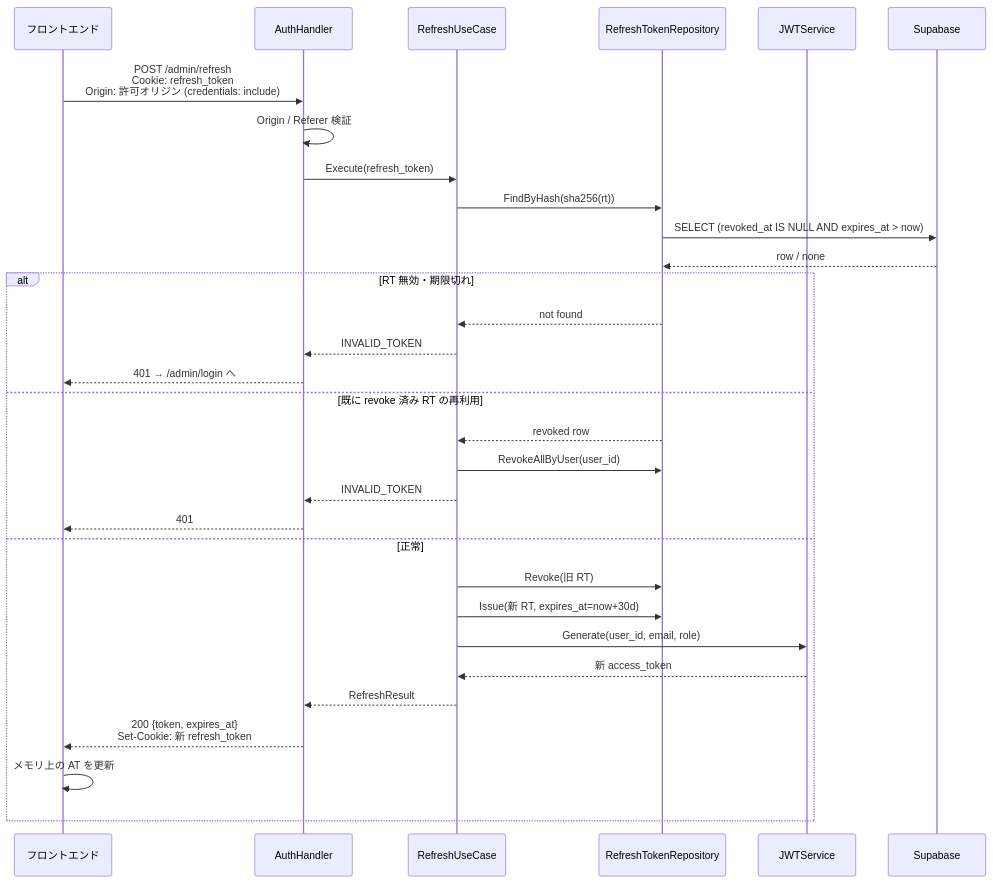
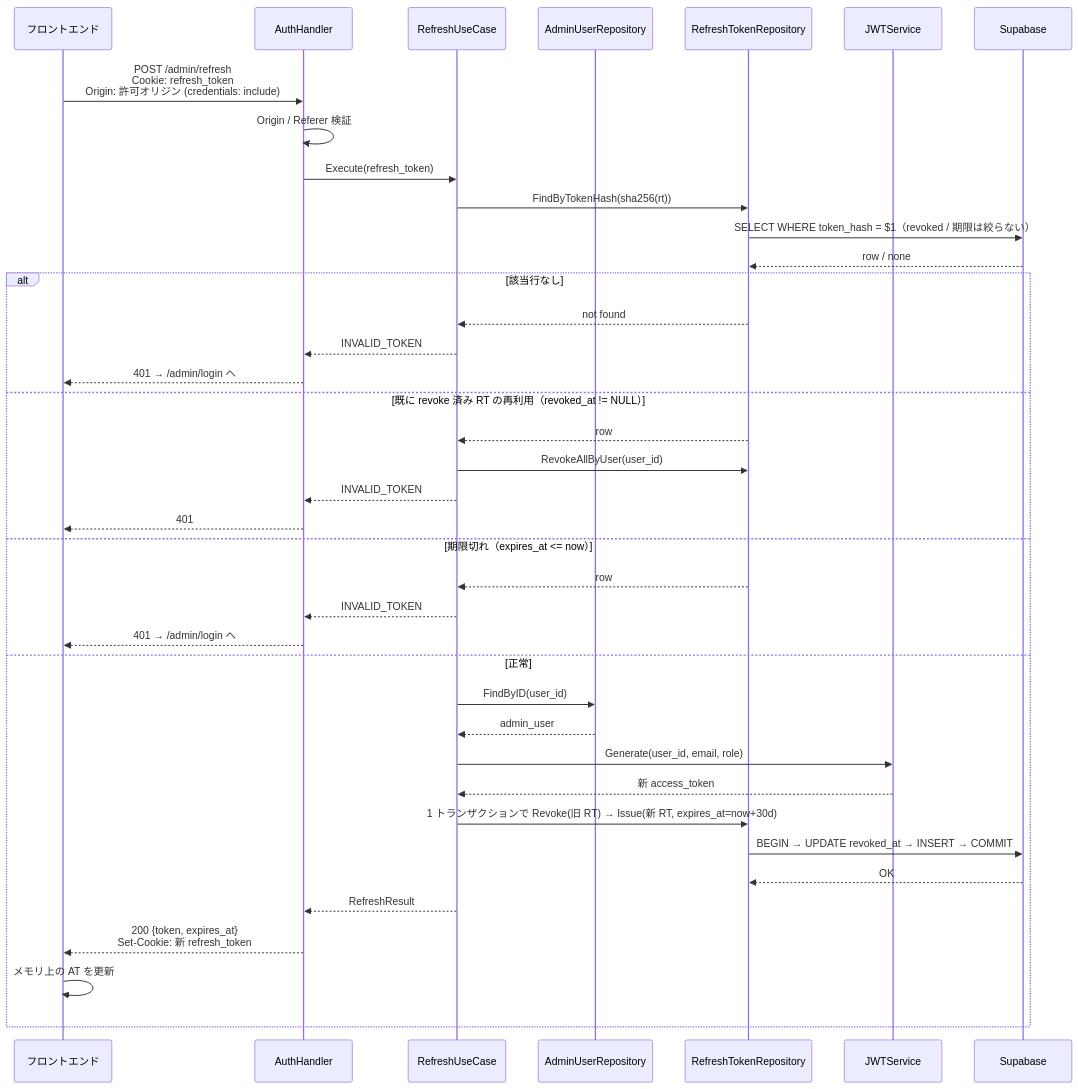
One commit to cergijame101007/satehits changed the fifth of 16 diagrams in docs/sequence.md. Above: the diagram before and after it, drawn with Mermaid. The commit also changed other lines of this file and 8 other files, not shown here.

Commit message:
feat: RefreshUseCase とトランザクション基盤を追加

````diff
--- a/docs/sequence.md
+++ b/docs/sequence.md
@@ -159,37 +161,45 @@
 ```mermaid
 sequenceDiagram
     participant Frontend as フロントエンド
     participant Handler as AuthHandler
     participant UseCase as RefreshUseCase
+    participant AdminRepo as AdminUserRepository
     participant RefreshRepo as RefreshTokenRepository
     participant JWT as JWTService
     participant DB as Supabase
 
     Frontend->>Handler: POST /admin/refresh<br/>Cookie: refresh_token<br/>Origin: 許可オリジン (credentials: include)
     
     Handler->>Handler: Origin / Referer 検証
     Handler->>UseCase: Execute(refresh_token)
     
-    UseCase->>RefreshRepo: FindByHash(sha256(rt))
-    RefreshRepo->>DB: SELECT (revoked_at IS NULL AND expires_at > now)
+    UseCase->>RefreshRepo: FindByTokenHash(sha256(rt))
+    RefreshRepo->>DB: SELECT WHERE token_hash = $1（revoked / 期限は絞らない）
     DB-->>RefreshRepo: row / none
     
-    alt RT 無効・期限切れ
+    alt 該当行なし
         RefreshRepo-->>UseCase: not found
         UseCase-->>Handler: INVALID_TOKEN
         Handler-->>Frontend: 401 → /admin/login へ
-    else 既に revoke 済み RT の再利用
-        RefreshRepo-->>UseCase: revoked row
+    else 既に revoke 済み RT の再利用（revoked_at != NULL）
+        RefreshRepo-->>UseCase: row
         UseCase->>RefreshRepo: RevokeAllByUser(user_id)
         UseCase-->>Handler: INVALID_TOKEN
         Handler-->>Frontend: 401
+    else 期限切れ（expires_at <= now）
+        RefreshRepo-->>UseCase: row
+        UseCase-->>Handler: INVALID_TOKEN
+        Handler-->>Frontend: 401 → /admin/login へ
     else 正常
-        UseCase->>RefreshRepo: Revoke(旧 RT)
-        UseCase->>RefreshRepo: Issue(新 RT, expires_at=now+30d)
+        UseCase->>AdminRepo: FindByID(user_id)
+        AdminRepo-->>UseCase: admin_user
         UseCase->>JWT: Generate(user_id, email, role)
         JWT-->>UseCase: 新 access_token
+        UseCase->>RefreshRepo: 1 トランザクションで Revoke(旧 RT) → Issue(新 RT, expires_at=now+30d)
+        RefreshRepo->>DB: BEGIN → UPDATE revoked_at → INSERT → COMMIT
+        DB-->>RefreshRepo: OK
         UseCase-->>Handler: RefreshResult
         Handler-->>Frontend: 200 {token, expires_at}<br/>Set-Cookie: 新 refresh_token
         Frontend->>Frontend: メモリ上の AT を更新
     end
 ```
````
